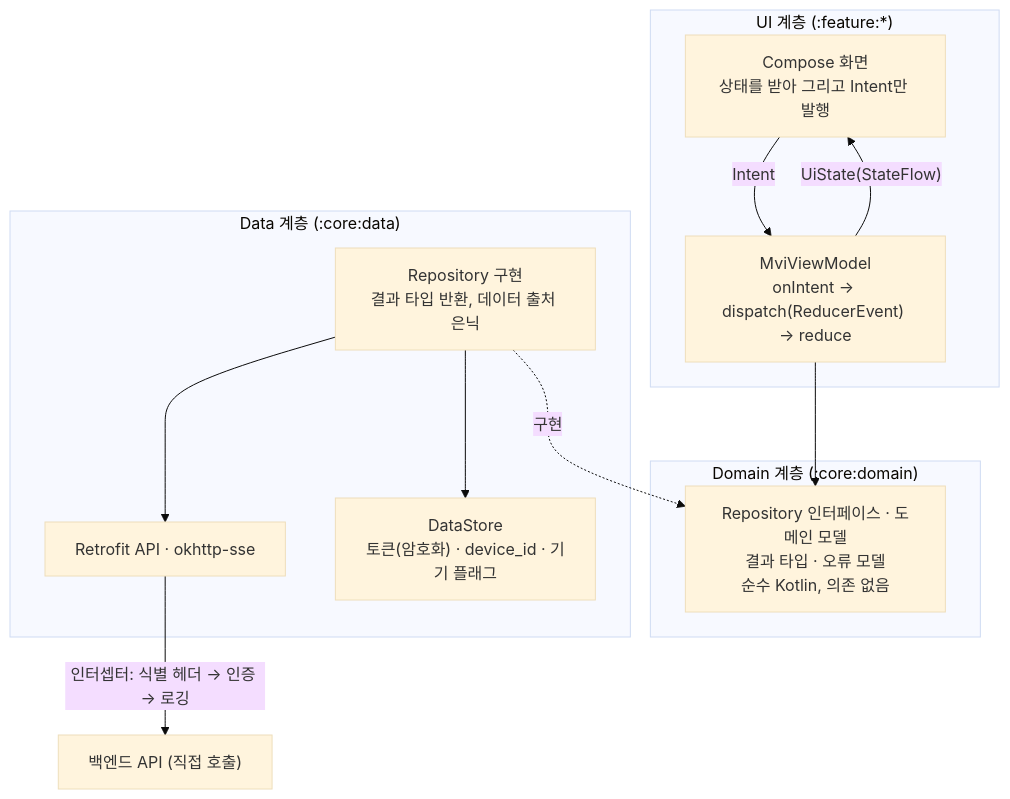
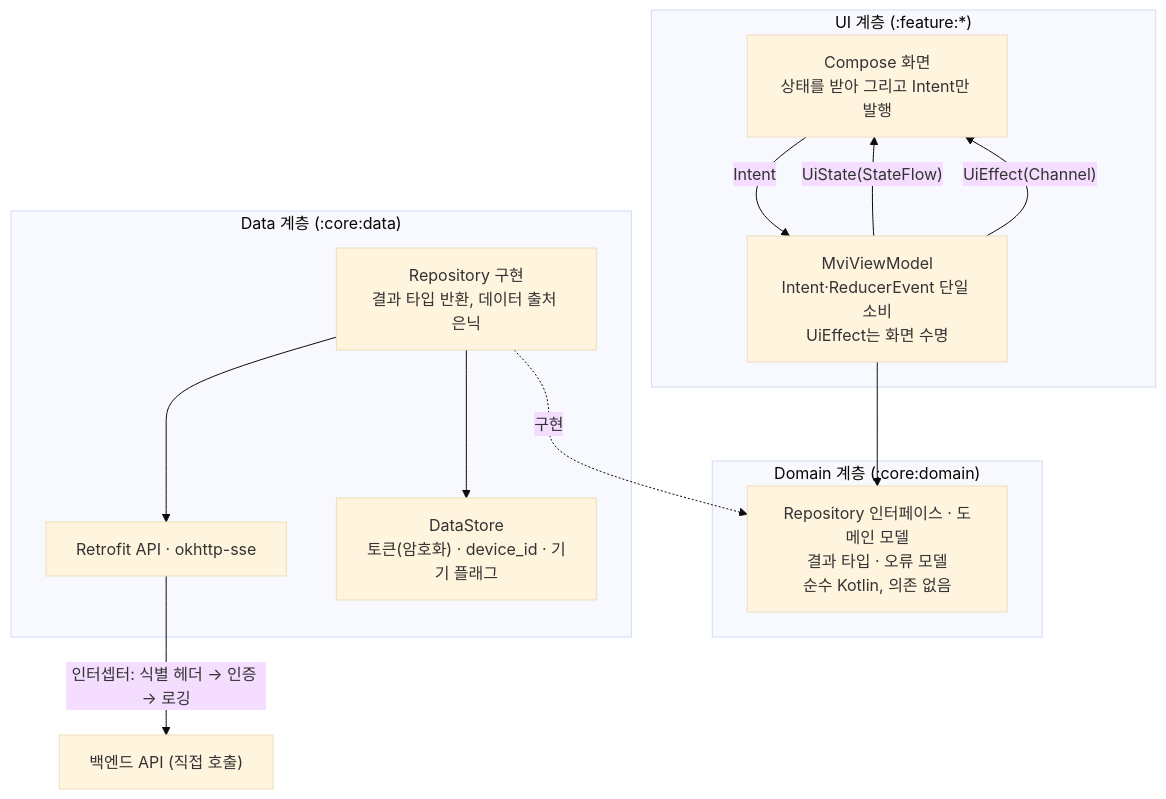
Before and after one commit to KIM-N-KANG/knk-harness: the diagram in docs/product-specs/3-3-android-app.md, drawn with Mermaid (base theme). The commit also changed other lines of this file and 4 other files, not shown here.

````diff
--- a/docs/product-specs/3-3-android-app.md
+++ b/docs/product-specs/3-3-android-app.md
@@ -147,22 +147,23 @@
 ```mermaid
 graph TD
     subgraph UI["UI 계층 (:feature:*)"]
         C["Compose 화면<br/>상태를 받아 그리고 Intent만 발행"]
-        VM["MviViewModel<br/>onIntent → dispatch(ReducerEvent) → reduce"]
+        VM["MviViewModel<br/>Intent·ReducerEvent 단일 소비<br/>UiEffect는 화면 수명"]
     end
     subgraph DOMAIN["Domain 계층 (:core:domain)"]
         RI["Repository 인터페이스 · 도메인 모델<br/>결과 타입 · 오류 모델<br/>순수 Kotlin, 의존 없음"]
     end
     subgraph DATA["Data 계층 (:core:data)"]
         R["Repository 구현<br/>결과 타입 반환, 데이터 출처 은닉"]
         API["Retrofit API · okhttp-sse"]
         DS["DataStore<br/>토큰(암호화) · device_id · 기기 플래그"]
     end
     C -->|Intent| VM
     VM -->|"UiState(StateFlow)"| C
+    VM -->|"UiEffect(Channel)"| C
     VM --> RI
     R -.->|구현| RI
     R --> API
     R --> DS
     API -->|"인터셉터: 식별 헤더 → 인증 → 로깅"| BE["백엔드 API (직접 호출)"]
 ```
````
